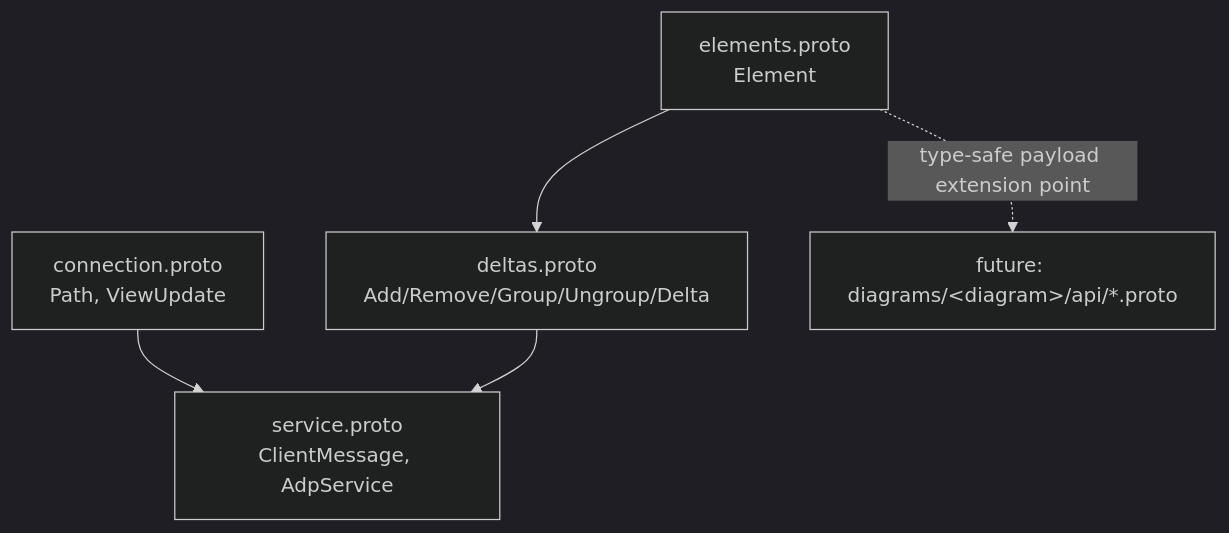
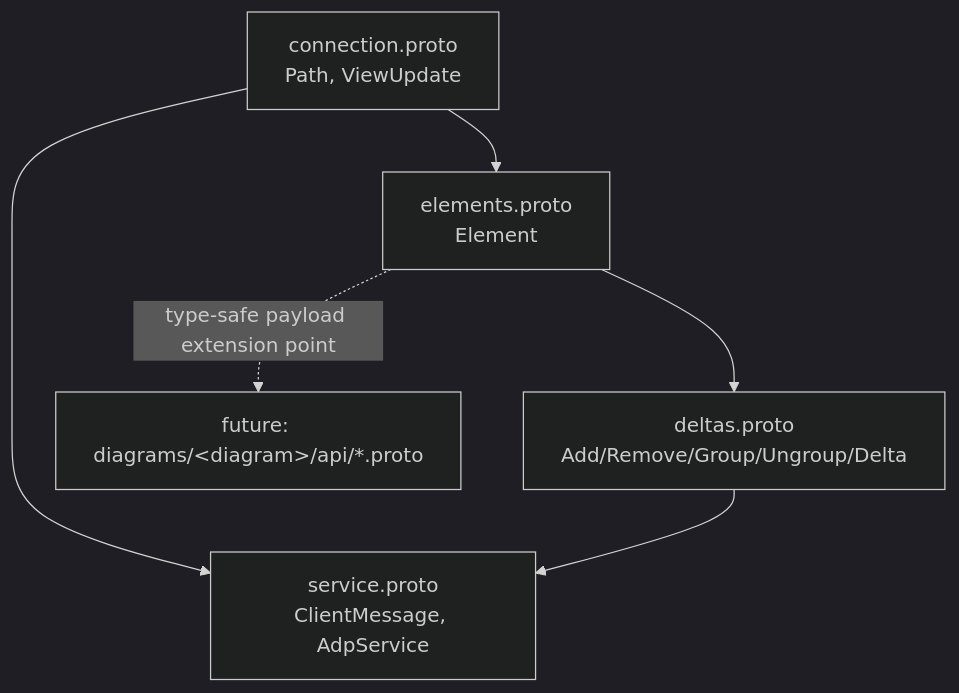
One commit to etalii-adp/etalii.adp.ide.standalone changed the diagram in .spec-workflow/specs/grpc-core-communication-specification/design.md. Above: the diagram before and after it, drawn with Mermaid (dark theme). The commit also changed other lines of this file, not shown here.

Commit message:
Fixed elements.proto import and stale namespace note in gRPC core communication specification design.

````diff
--- a/.spec-workflow/specs/grpc-core-communication-specification/design.md
+++ b/.spec-workflow/specs/grpc-core-communication-specification/design.md
@@ -43,7 +43,8 @@
 ```mermaid
 graph TD
     Connection[connection.proto<br/>Path, ViewUpdate] --> Service[service.proto<br/>ClientMessage, AdpService]
-    Elements[elements.proto<br/>Element] --> Deltas[deltas.proto<br/>Add/Remove/Group/Ungroup/Delta]
+    Connection --> Elements[elements.proto<br/>Element]
+    Elements --> Deltas[deltas.proto<br/>Add/Remove/Group/Ungroup/Delta]
     Deltas --> Service
     Elements -.type-safe payload extension point.-> DiagramTypes[future: diagrams/&lt;diagram&gt;/api/*.proto]
 ```
````
